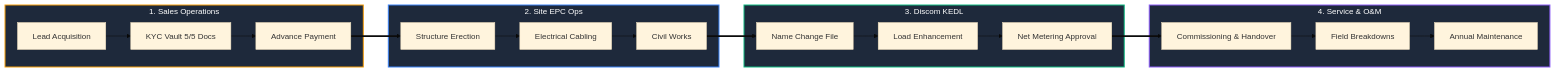
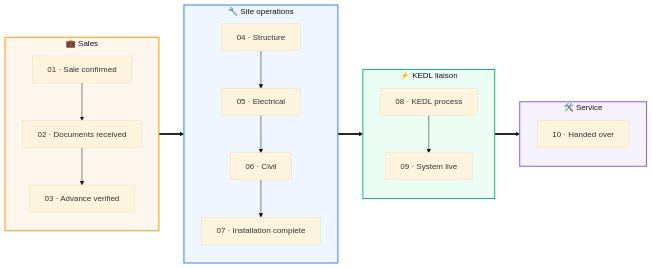
Before and after one commit to rightads/Solar-Mobile-App: the first of 2 diagrams in README.md, drawn with Mermaid (base theme). The commit also changed other lines of this file and 20 other files, not shown here.

````diff
--- a/README.md
+++ b/README.md
@@ -122,28 +160,25 @@
 ```mermaid
-graph LR
-    subgraph S1["1. Sales Operations"]
-        A[Lead Acquisition] --> B[KYC Vault 5/5 Docs]
-        B --> C[Advance Payment]
+flowchart LR
+    subgraph S1["💼 Sales"]
+        direction TB
+        A1["01 · Sale confirmed"] --> A2["02 · Documents received"] --> A3["03 · Advance verified"]
     end
-    subgraph S2["2. Site EPC Ops"]
-        D[Structure Erection] --> E[Electrical Cabling]
-        E --> F[Civil Works]
+    subgraph S2["🔧 Site operations"]
+        direction TB
+        B1["04 · Structure"] --> B2["05 · Electrical"] --> B3["06 · Civil"] --> B4["07 · Installation complete"]
     end
-    subgraph S3["3. Discom KEDL"]
-        G[Name Change File] --> H[Load Enhancement]
-        H --> I[Net Metering Approval]
+    subgraph S3["⚡ KEDL liaison"]
+        direction TB
+        C1["08 · KEDL process"] --> C2["09 · System live"]
     end
-    subgraph S4["4. Service & O&M"]
-        J[Commissioning & Handover] --> K[Field Breakdowns]
-        K --> L[Annual Maintenance]
+    subgraph S4["🛠️ Service"]
+        direction TB
+        D1["10 · Handed over"]
     end
+    S1 ==> S2 ==> S3 ==> S4
 
-    C ==> D
-    F ==> G
-    I ==> J
-
-    style S1 fill:#1e293b,stroke:#f59e0b,stroke-width:2px,color:#fff
-    style S2 fill:#1e293b,stroke:#3b82f6,stroke-width:2px,color:#fff
-    style S3 fill:#1e293b,stroke:#10b981,stroke-width:2px,color:#fff
-    style S4 fill:#1e293b,stroke:#8b5cf6,stroke-width:2px,color:#fff
+    style S1 fill:#fff7ed,stroke:#f59e0b,stroke-width:2px,color:#111
+    style S2 fill:#eff6ff,stroke:#3b82f6,stroke-width:2px,color:#111
+    style S3 fill:#ecfdf5,stroke:#10b981,stroke-width:2px,color:#111
+    style S4 fill:#f5f3ff,stroke:#8b5cf6,stroke-width:2px,color:#111
 ```
````
